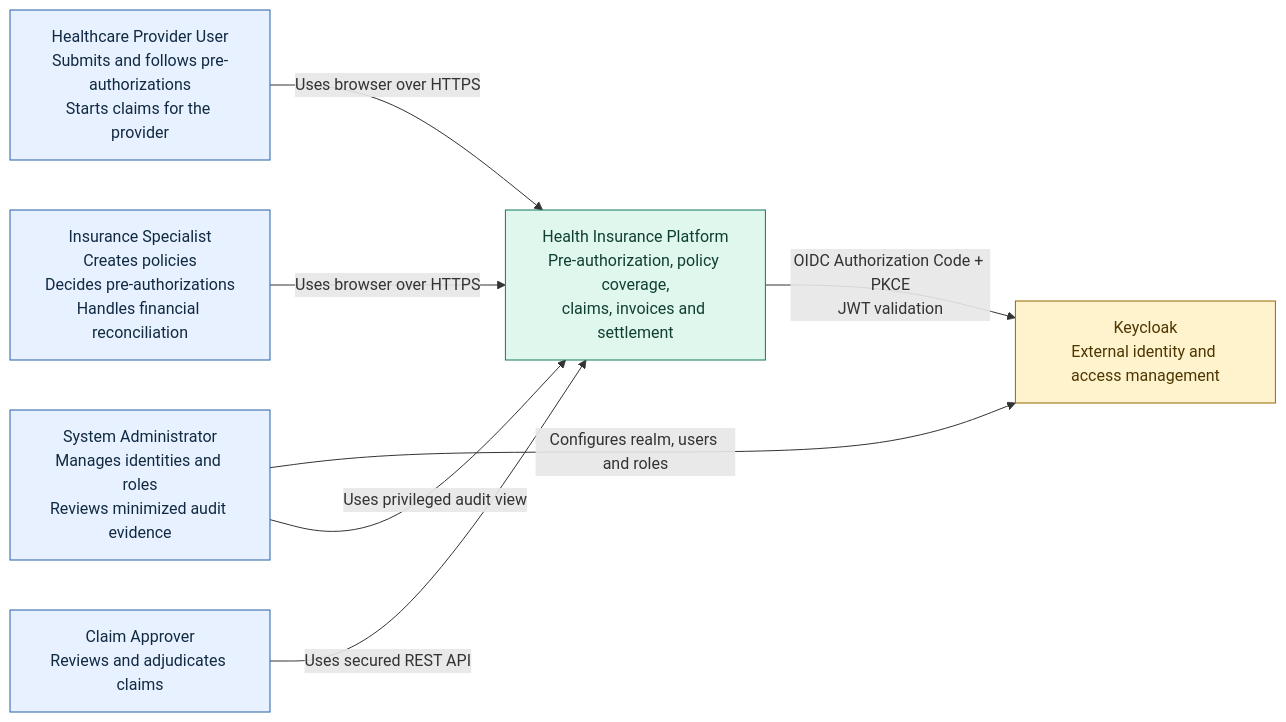
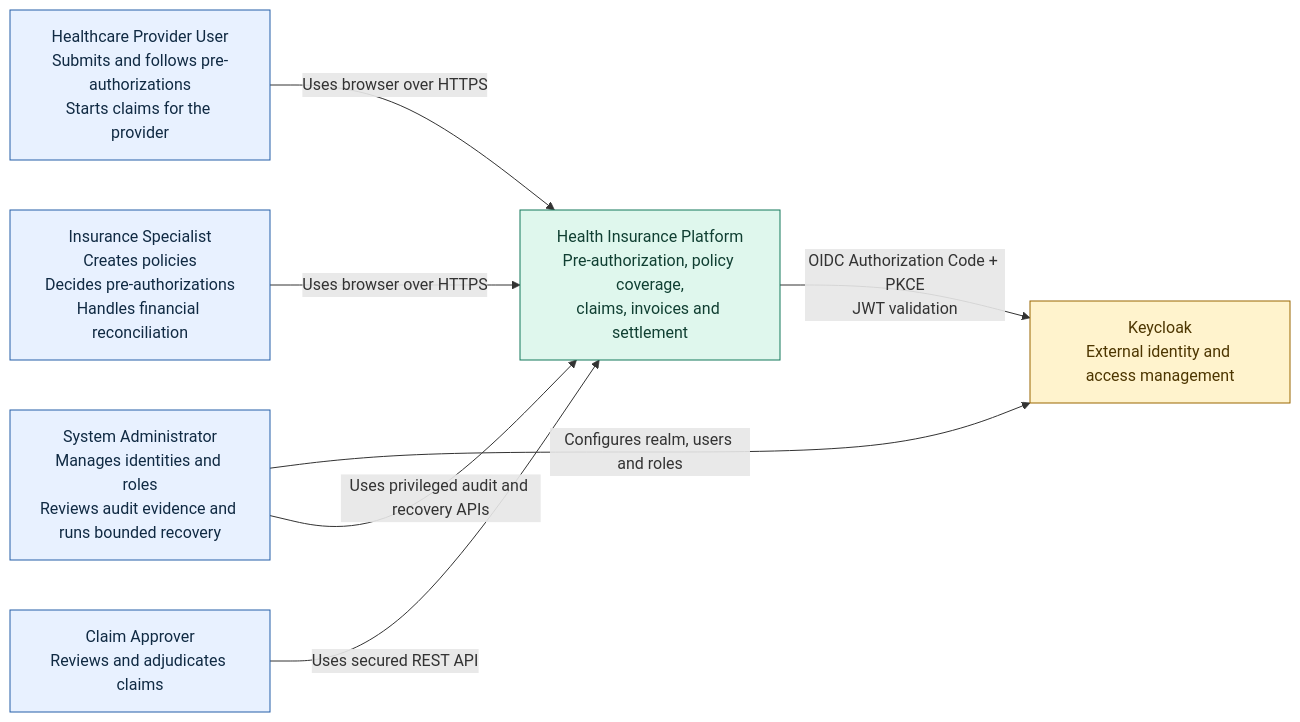
One commit to aydindemir1/health-insurance-platform changed the diagram in docs/architecture/c4-context.md. Above: the diagram before and after it, drawn with Mermaid. The commit also changed other lines of this file and 18 other files, not shown here.

````diff
--- a/docs/architecture/c4-context.md
+++ b/docs/architecture/c4-context.md
@@ -6,24 +6,24 @@
 ```mermaid
 flowchart LR
     HU["Healthcare Provider User<br/>Submits and follows pre-authorizations<br/>Starts claims for the provider"]
     IS["Insurance Specialist<br/>Creates policies<br/>Decides pre-authorizations<br/>Handles financial reconciliation"]
     CA["Claim Approver<br/>Reviews and adjudicates claims"]
-    SA["System Administrator<br/>Manages identities and roles<br/>Reviews minimized audit evidence"]
+    SA["System Administrator<br/>Manages identities and roles<br/>Reviews audit evidence and runs bounded recovery"]
 
     HIP["Health Insurance Platform<br/>Pre-authorization, policy coverage,<br/>claims, invoices and settlement"]
     KC["Keycloak<br/>External identity and access management"]
 
     HU -->|"Uses browser over HTTPS"| HIP
     IS -->|"Uses browser over HTTPS"| HIP
     CA -->|"Uses secured REST API"| HIP
     SA -->|"Configures realm, users and roles"| KC
-    SA -->|"Uses privileged audit view"| HIP
+    SA -->|"Uses privileged audit and recovery APIs"| HIP
     HIP -->|"OIDC Authorization Code + PKCE<br/>JWT validation"| KC
 
     classDef person fill:#e8f1ff,stroke:#245ea8,color:#102a43
     classDef system fill:#dff7ed,stroke:#13795b,color:#103f32
     classDef external fill:#fff3cd,stroke:#9a6700,color:#4d3600
     class HU,IS,CA,SA person
     class HIP system
     class KC external
 ```
````
